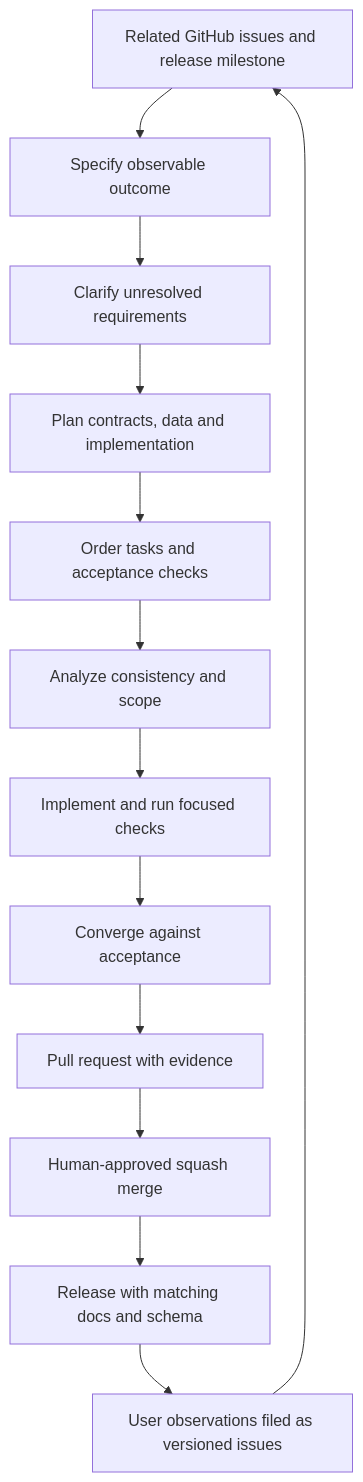
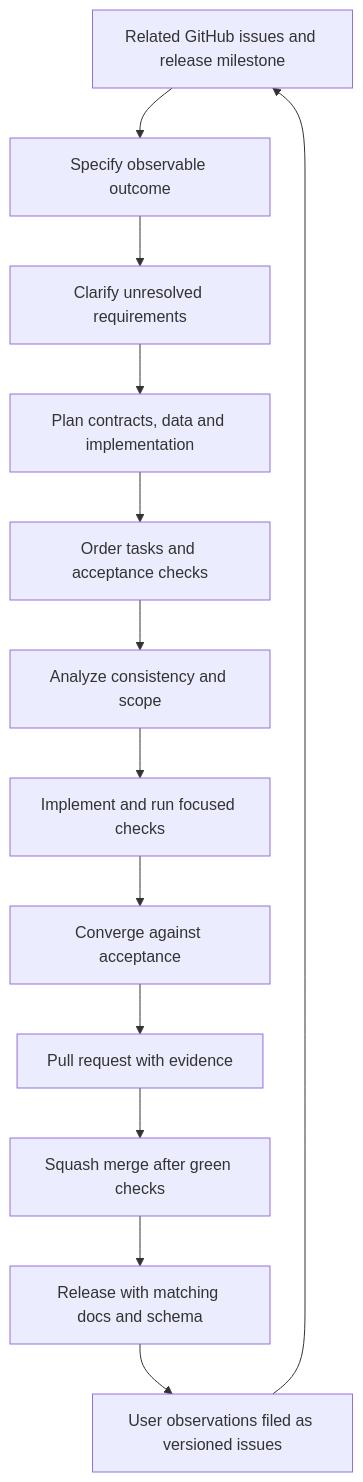
The diagram in docs/v0.0.0/development.md (shruggietech/insonic), drawn with Mermaid before and after one commit. The commit also changed other lines of this file and 77 other files, not shown here.

````diff
--- a/docs/v0.0.0/development.md
+++ b/docs/v0.0.0/development.md
@@ -13,15 +13,15 @@
 ```mermaid
 flowchart TB
   Issues[Related GitHub issues and release milestone] --> Specify[Specify observable outcome]
   Specify --> Clarify[Clarify unresolved requirements]
   Clarify --> Plan[Plan contracts, data and implementation]
   Plan --> Tasks[Order tasks and acceptance checks]
   Tasks --> Analyze[Analyze consistency and scope]
   Analyze --> Implement[Implement and run focused checks]
   Implement --> Converge[Converge against acceptance]
   Converge --> PR[Pull request with evidence]
-  PR --> Merge[Human-approved squash merge]
+  PR --> Merge[Squash merge after green checks]
   Merge --> Release[Release with matching docs and schema]
   Release --> Observe[User observations filed as versioned issues]
   Observe --> Issues
 ```
````
